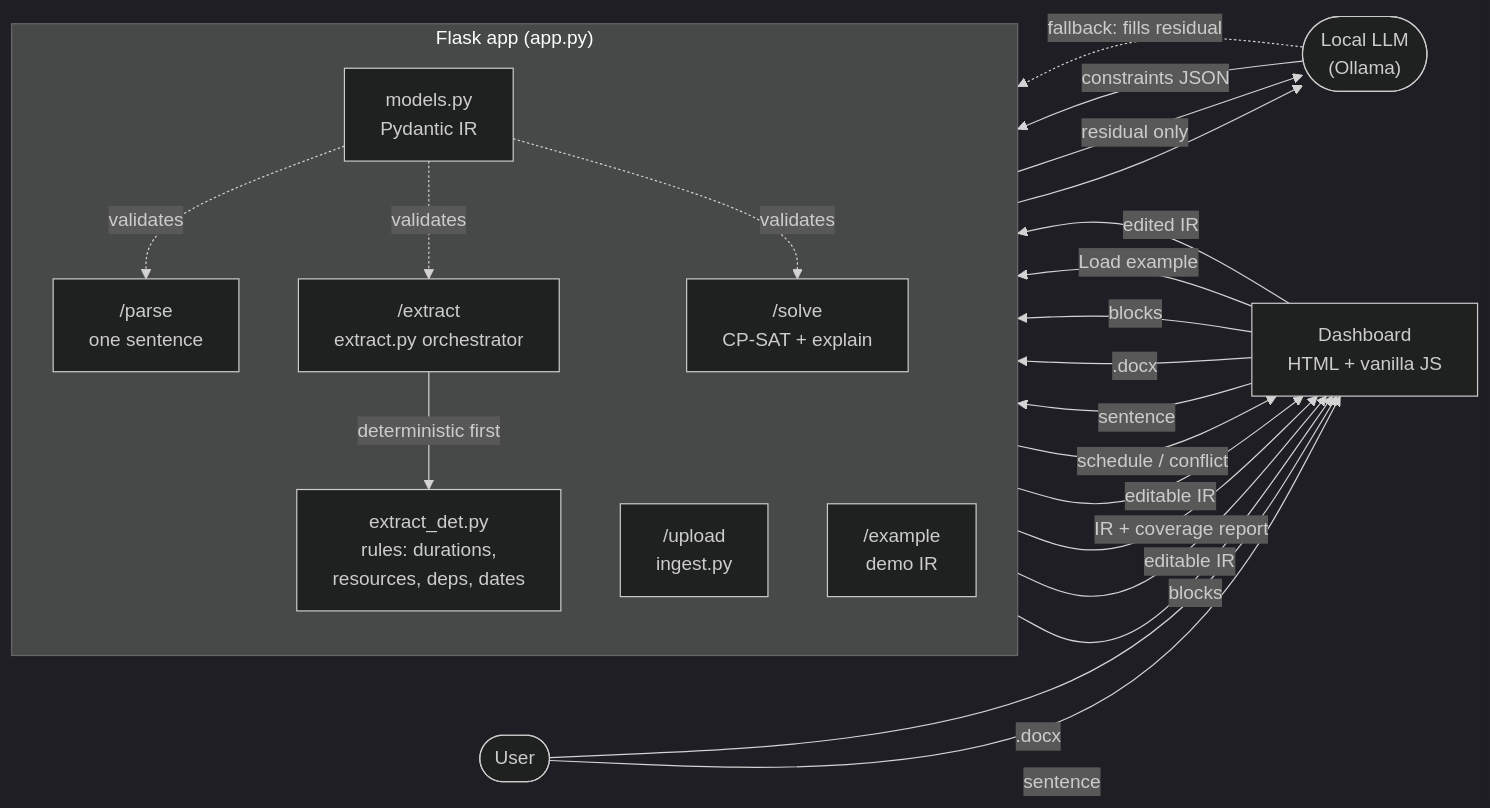
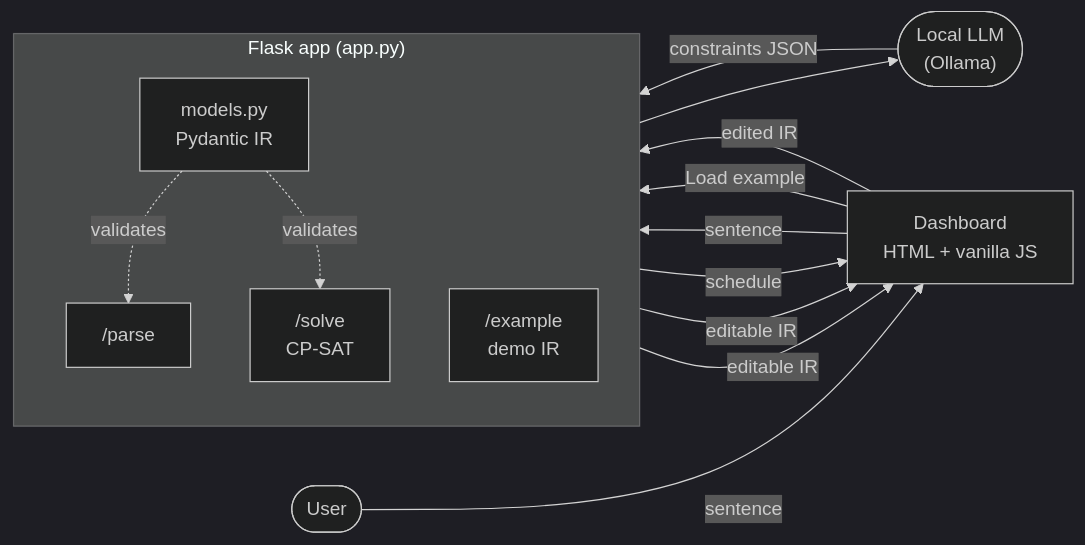
The diagram in README.md (henryqpham/CP-SAT-PROJECT), drawn with Mermaid (dark theme) before and after one commit. The commit also changed other lines of this file and 26 other files, not shown here.

````diff
--- a/README.md
+++ b/README.md
@@ -35,32 +28,25 @@
 ```mermaid
 flowchart LR
     U(["User"]) -->|sentence| FE["Dashboard<br/>HTML + vanilla JS"]
-    U -->|".docx"| FE
 
     subgraph FLASK["Flask app (app.py)"]
         direction TB
-        PARSE["/parse<br/>one sentence"]
-        UPLOAD["/upload<br/>ingest.py"]
-        EXTRACT["/extract<br/>extract.py orchestrator"]
-        DET["extract_det.py<br/>rules: durations,<br/>resources, deps, dates"]
-        SOLVE["/solve<br/>CP-SAT + explain"]
+        PARSE["/parse"]
+        SOLVE["/solve<br/>CP-SAT"]
         EXAMPLE["/example<br/>demo IR"]
         MODELS["models.py<br/>Pydantic IR"]
     end
 
     LLM(["Local LLM<br/>(Ollama)"])
 
-    FE -->|sentence| PARSE --> LLM
-    FE -->|".docx"| UPLOAD -->|blocks| FE
-    FE -->|blocks| EXTRACT -->|deterministic first| DET
-    DET -->|residual only| LLM
+    FE -->|sentence| PARSE
+    PARSE --> LLM
     LLM -->|constraints JSON| PARSE
-    LLM -.->|"fallback: fills residual"| EXTRACT
     PARSE -->|editable IR| FE
-    EXTRACT -->|"IR + coverage report"| FE
-    FE -->|"Load example"| EXAMPLE -->|editable IR| FE
-    FE -->|edited IR| SOLVE -->|schedule / conflict| FE
+    FE -->|"Load example"| EXAMPLE
+    EXAMPLE -->|editable IR| FE
+    FE -->|edited IR| SOLVE
+    SOLVE -->|schedule| FE
     MODELS -.validates.-> PARSE
-    MODELS -.validates.-> EXTRACT
     MODELS -.validates.-> SOLVE
 ```
````
